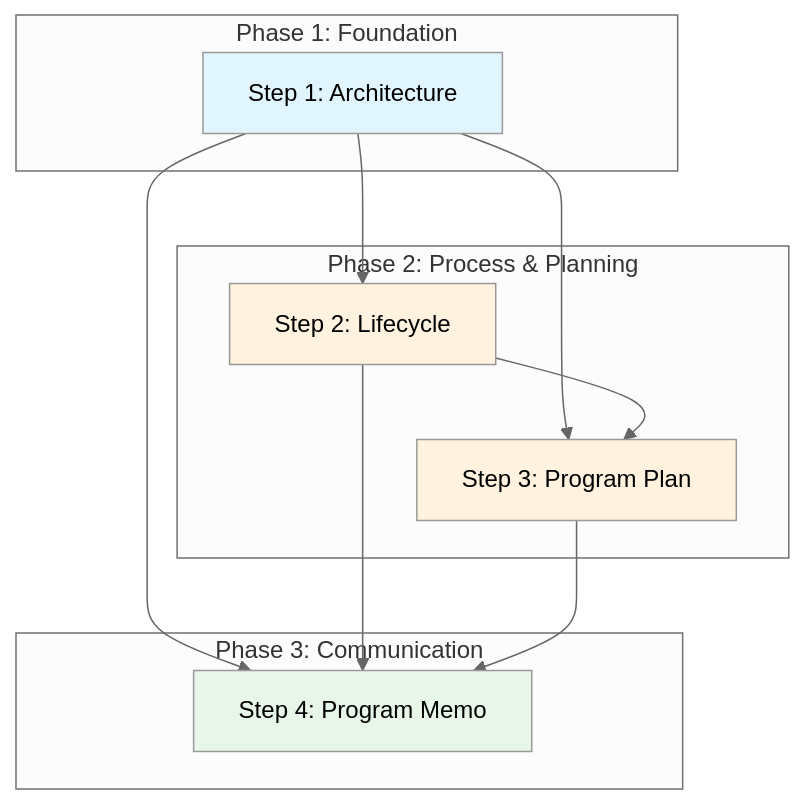
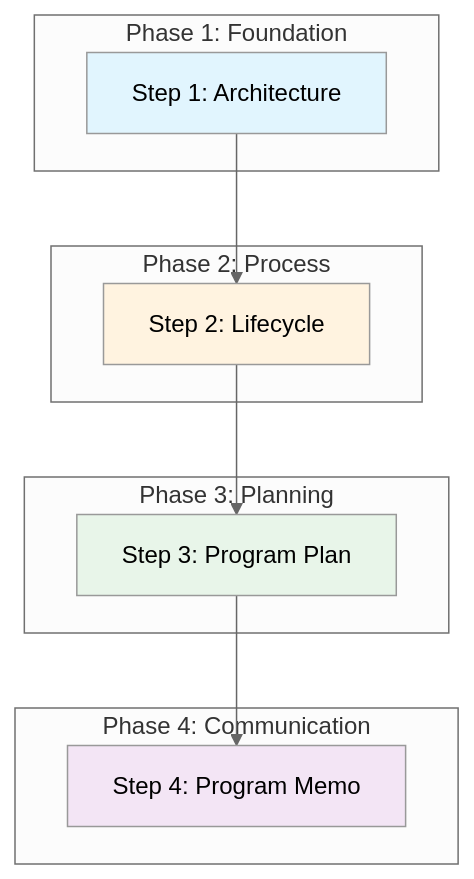
Before and after one commit to BlockScience/assurances-audits-accountability: the diagram in 00_vertices/runbook-program-development.md, drawn with Mermaid (neutral theme). The commit also changed other lines of this file, not shown here.

````diff
--- a/00_vertices/runbook-program-development.md
+++ b/00_vertices/runbook-program-development.md
@@ -122,27 +120,27 @@
 ```mermaid
 flowchart TB
     subgraph Phase1[Phase 1: Foundation]
         S1[Step 1: Architecture]
     end
 
-    subgraph Phase2[Phase 2: Process & Planning]
+    subgraph Phase2[Phase 2: Process]
         S2[Step 2: Lifecycle]
+    end
+
+    subgraph Phase3[Phase 3: Planning]
         S3[Step 3: Program Plan]
     end
 
-    subgraph Phase3[Phase 3: Communication]
+    subgraph Phase4[Phase 4: Communication]
         S4[Step 4: Program Memo]
     end
 
     S1 --> S2
-    S1 --> S3
     S2 --> S3
-    S1 --> S4
-    S2 --> S4
     S3 --> S4
 
     style S1 fill:#e1f5fe
     style S2 fill:#fff3e0
-    style S3 fill:#fff3e0
-    style S4 fill:#e8f5e9
+    style S3 fill:#e8f5e9
+    style S4 fill:#f3e5f5
 ```
````
